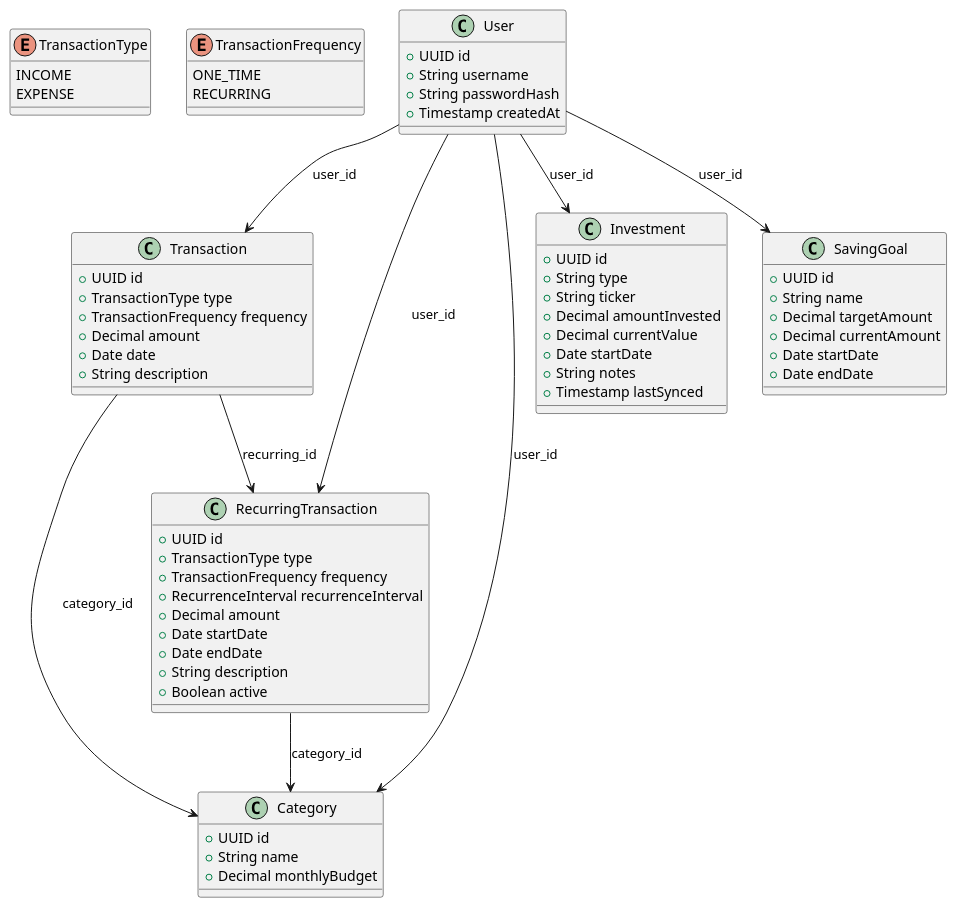
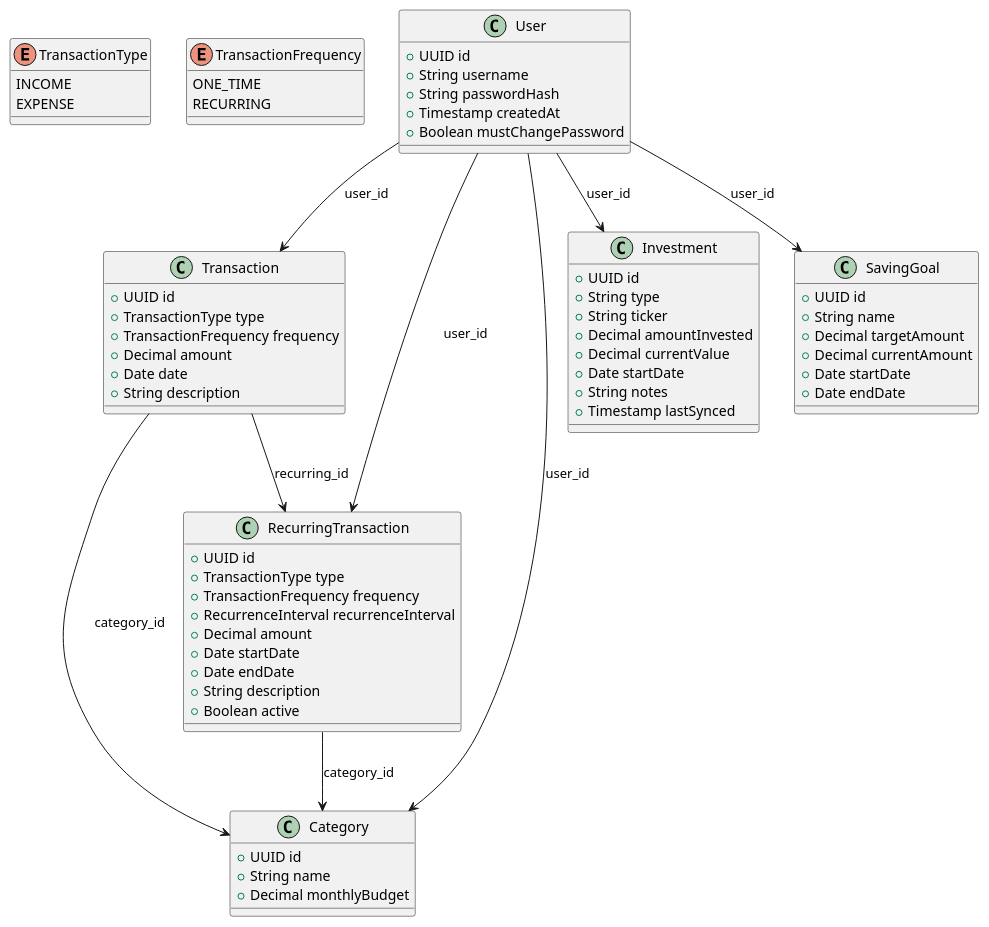
The diagram in docs/DomainModel/DomainModel.puml (1191830/myfinance), drawn with PlantUML before and after one commit. The commit also changed 6 other files, not shown here.

First line of the commit message:
Document the change-password flow and check in the design canvas update

```diff
--- a/docs/DomainModel/DomainModel.puml
+++ b/docs/DomainModel/DomainModel.puml
@@ -1,81 +1,82 @@
 @startuml
 
 ' Define Enums
 enum TransactionType {
   INCOME
   EXPENSE
 }
 
 enum TransactionFrequency {
   ONE_TIME
   RECURRING
 }
 
 ' Define Classes
 class User {
   +UUID id
   +String username
   +String passwordHash
   +Timestamp createdAt
+  +Boolean mustChangePassword
 }
 
 class Transaction {
   +UUID id
   +TransactionType type
   +TransactionFrequency frequency
   +Decimal amount
   +Date date
   +String description
 }
 
 class RecurringTransaction {
   +UUID id
   +TransactionType type
   +TransactionFrequency frequency
   +RecurrenceInterval recurrenceInterval
   +Decimal amount
   +Date startDate
   +Date endDate
   +String description
   +Boolean active
 }
 
 class Category {
   +UUID id
   +String name
   +Decimal monthlyBudget
 }
 
 class Investment {
   +UUID id
   +String type
   +String ticker
   +Decimal amountInvested
   +Decimal currentValue
   +Date startDate
   +String notes
   +Timestamp lastSynced
 }
 
 class SavingGoal {
   +UUID id
   +String name
   +Decimal targetAmount
   +Decimal currentAmount
   +Date startDate
   +Date endDate
 }
 
 ' Relationships
 Transaction --> RecurringTransaction : recurring_id
 Transaction --> Category : category_id
 RecurringTransaction --> Category : category_id
 
 ' Every resource is owned by a user - each account's data is isolated from the others.
 User --> Transaction : user_id
 User --> RecurringTransaction : user_id
 User --> Category : user_id
 User --> Investment : user_id
 User --> SavingGoal : user_id
 
 @enduml
```
